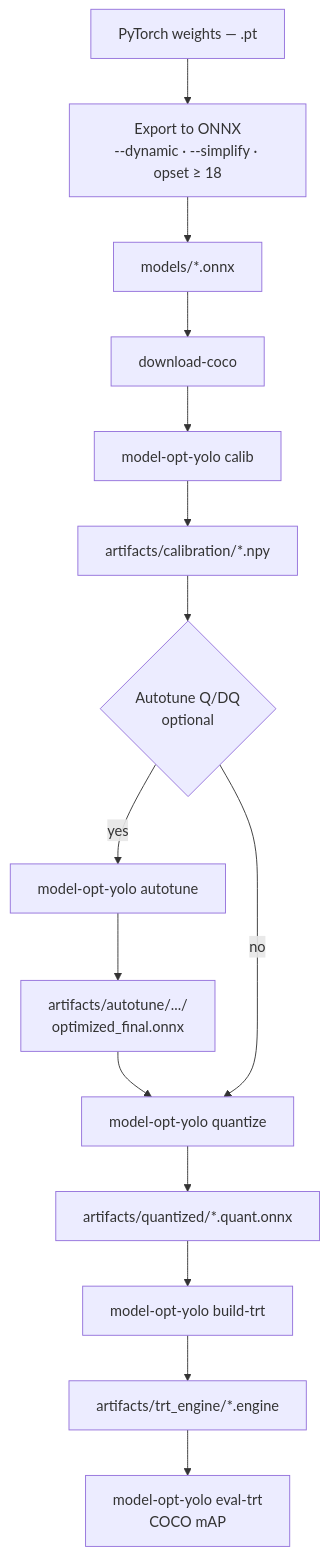
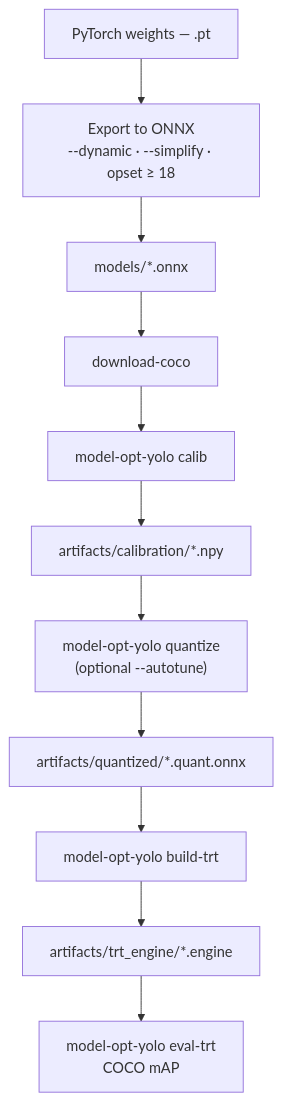
One commit to levipereira/Model-Optimizer-ONNX changed the diagram in docs/workflow.md. Above: the diagram before and after it, drawn with Mermaid. The commit also changed other lines of this file and 19 other files, not shown here.

Commit message:
feat: align PTQ pipeline with Model Optimizer autotune Integrate autotune into quantize; add pipeline-e2e and report-runs with PNG charts; remove standalone autotune; update docs and dependencies.

````diff
--- a/docs/workflow.md
+++ b/docs/workflow.md
@@ -7,17 +13,13 @@
 ```mermaid
 flowchart TD
   A[PyTorch weights — .pt] --> B[Export to ONNX<br/>--dynamic · --simplify · opset ≥ 18]
   B --> C[models/*.onnx]
   C --> H[download-coco]
   H --> I[model-opt-yolo calib]
   I --> J[artifacts/calibration/*.npy]
-  J --> K{Autotune Q/DQ<br/>optional}
-  K -->|yes| E[model-opt-yolo autotune]
-  E --> F[artifacts/autotune/.../<br/>optimized_final.onnx]
-  F --> Q[model-opt-yolo quantize]
-  K -->|no| Q
+  J --> Q["model-opt-yolo quantize<br/>(optional --autotune)"]
   Q --> L[artifacts/quantized/*.quant.onnx]
   L --> M[model-opt-yolo build-trt]
   M --> N[artifacts/trt_engine/*.engine]
   N --> O[model-opt-yolo eval-trt<br/>COCO mAP]
 ```
````
